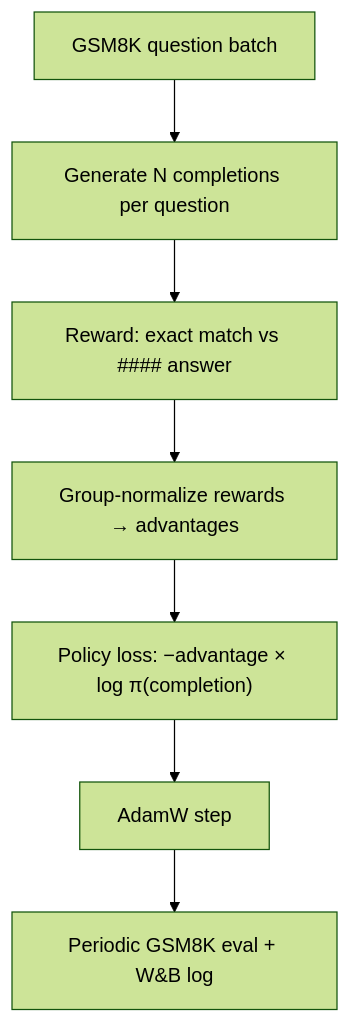
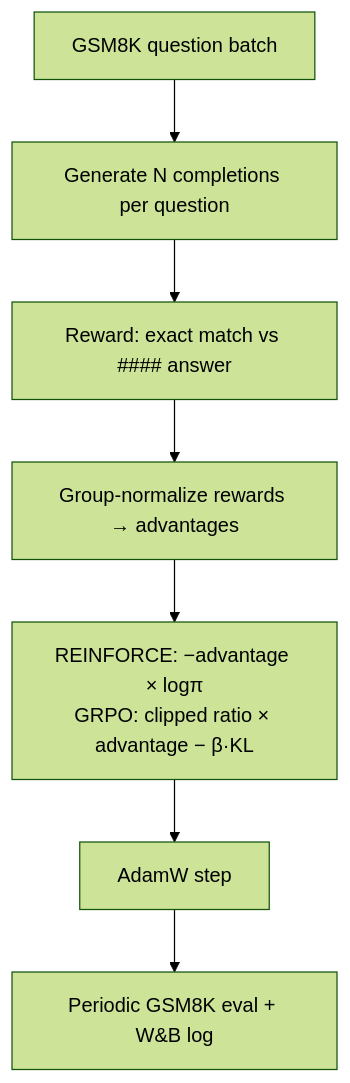
Before and after one commit to sanketsans/rlvr: the second of 2 diagrams in README.md, drawn with Mermaid (forest theme). The commit also changed other lines of this file and 10 other files, not shown here.

````diff
--- a/README.md
+++ b/README.md
@@ -180,9 +105,9 @@
 ```mermaid
 flowchart TD
   Q[GSM8K question batch] --> G[Generate N completions per question]
   G --> R[Reward: exact match vs #### answer]
   R --> A[Group-normalize rewards → advantages]
-  A --> L["Policy loss: −advantage × log π(completion)"]
+  A --> L["REINFORCE: −advantage × logπ<br/>GRPO: clipped ratio × advantage − β·KL"]
   L --> U[AdamW step]
   U --> E[Periodic GSM8K eval + W&B log]
 ```
````
